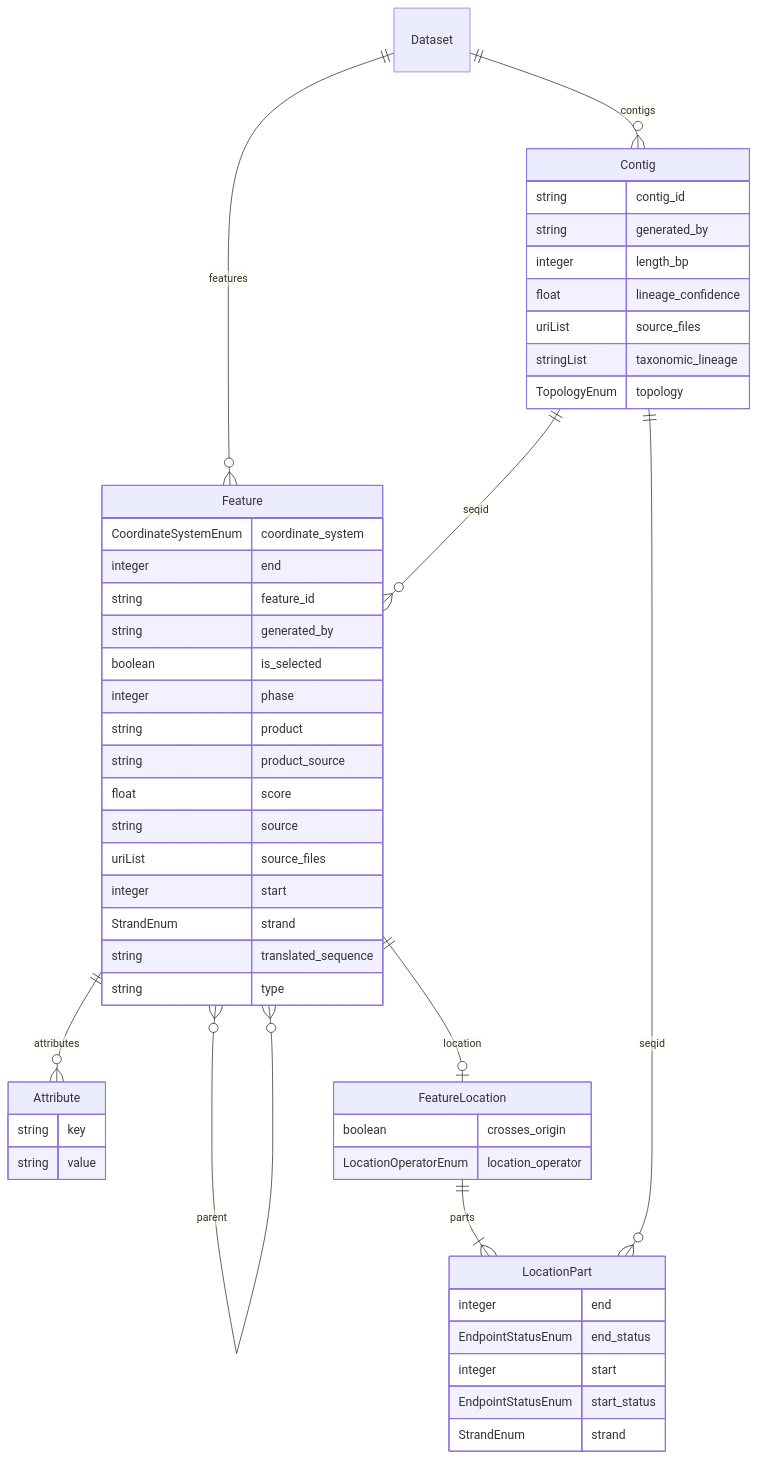
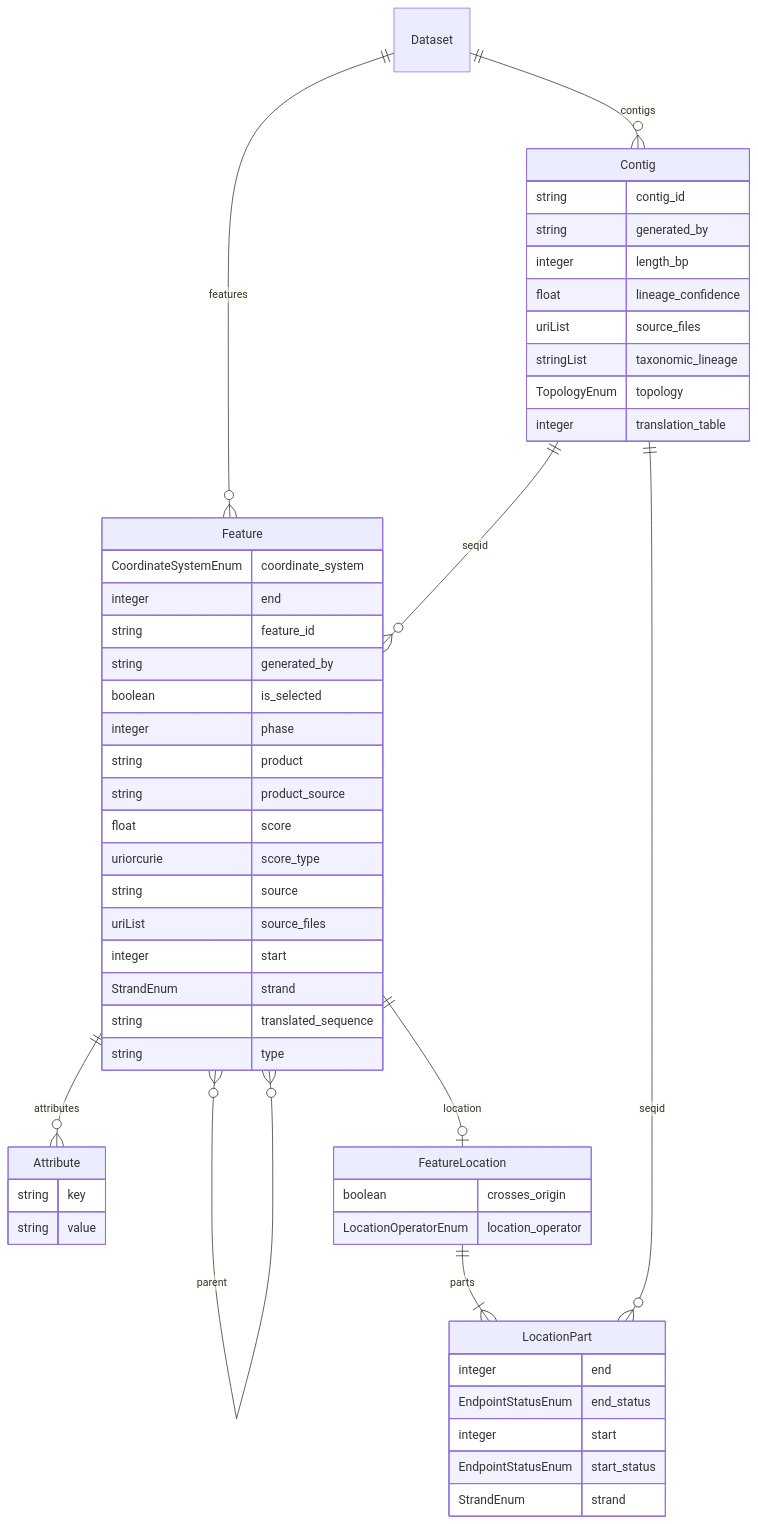
The diagram in docs/schema-diagram.md (turbomam/feature-table-corpus), drawn with Mermaid before and after one commit. The commit also changed 5 other files, not shown here.

First line of the commit message:
Add contig translation table and feature score type to the model

````diff
--- a/docs/schema-diagram.md
+++ b/docs/schema-diagram.md
@@ -9,56 +9,58 @@
 ```mermaid
 erDiagram
 Attribute {
     string key
     string value
 }
 Contig {
     string contig_id
     string generated_by
     integer length_bp
     float lineage_confidence
     uriList source_files
     stringList taxonomic_lineage
     TopologyEnum topology
+    integer translation_table
 }
 Dataset {
 
 }
 Feature {
     CoordinateSystemEnum coordinate_system
     integer end
     string feature_id
     string generated_by
     boolean is_selected
     integer phase
     string product
     string product_source
     float score
+    uriorcurie score_type
     string source
     uriList source_files
     integer start
     StrandEnum strand
     string translated_sequence
     string type
 }
 FeatureLocation {
     boolean crosses_origin
     LocationOperatorEnum location_operator
 }
 LocationPart {
     integer end
     EndpointStatusEnum end_status
     integer start
     EndpointStatusEnum start_status
     StrandEnum strand
 }
 
 Dataset ||--o{ Contig : "contigs"
 Dataset ||--o{ Feature : "features"
 Feature ||--o| FeatureLocation : "location"
 Contig ||--o{ Feature : "seqid"
 Feature ||--o{ Attribute : "attributes"
 Feature }o--o{ Feature : "parent"
 FeatureLocation ||--|{ LocationPart : "parts"
 Contig ||--o{ LocationPart : "seqid"
 ```
````
